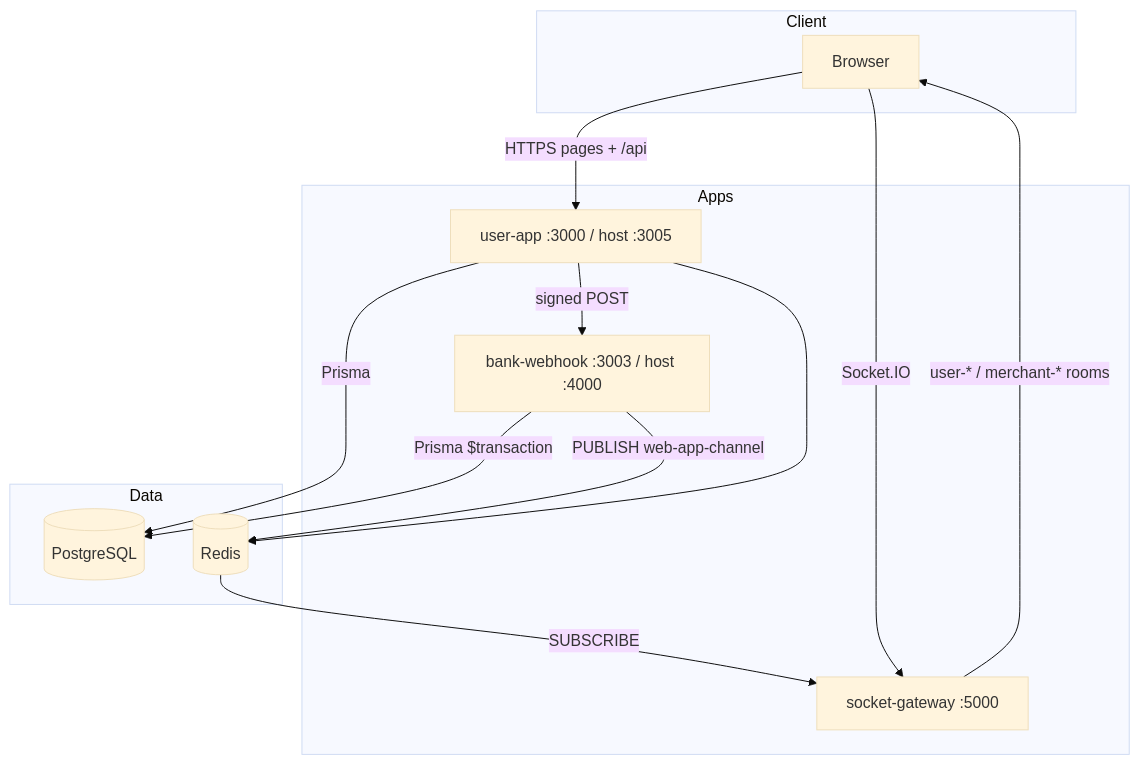
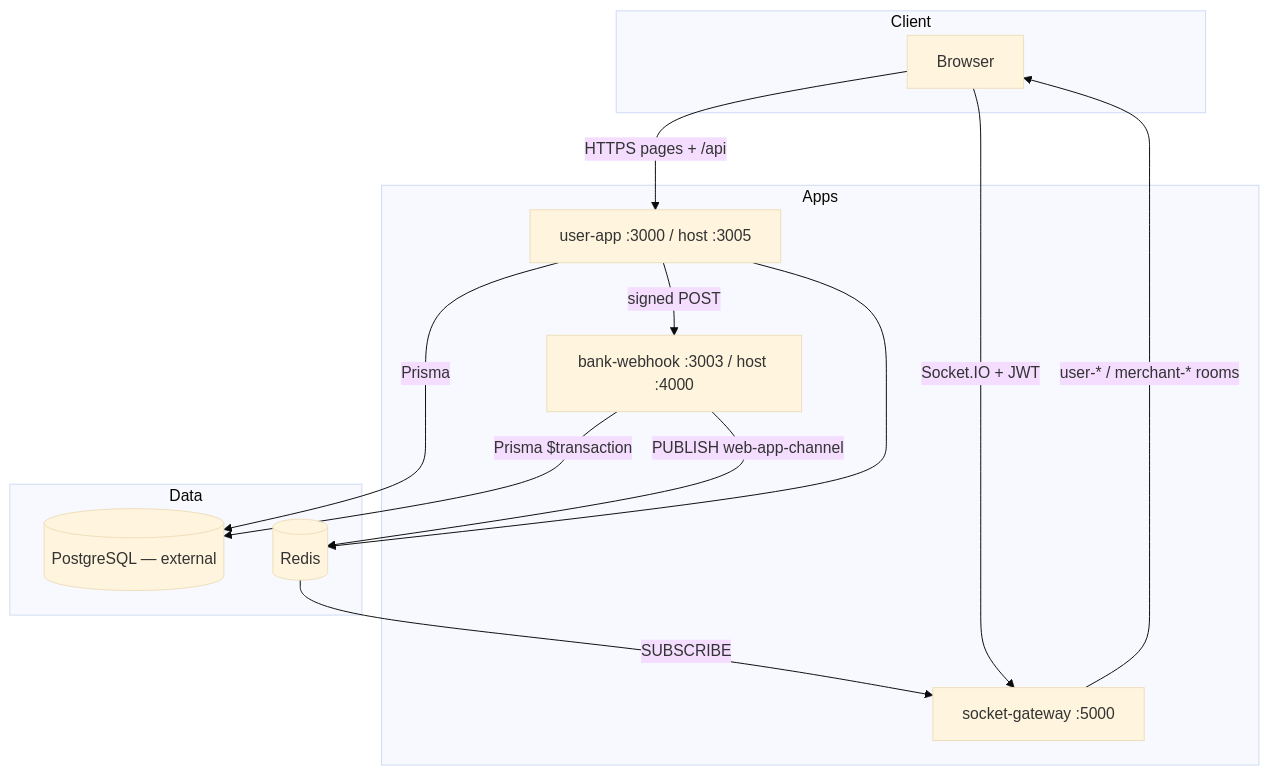
Before and after one commit to SulemanWaraich/PakPay: the diagram in README.md, drawn with Mermaid (base theme). The commit also changed other lines of this file and 1 other file, not shown here.

````diff
--- a/README.md
+++ b/README.md
@@ -82,27 +71,27 @@
 ```mermaid
 flowchart TB
   subgraph Client
     Browser[Browser]
   end
 
   subgraph Apps
     UA[user-app :3000 / host :3005]
     BW[bank-webhook :3003 / host :4000]
     SG[socket-gateway :5000]
   end
 
   subgraph Data
-    PG[(PostgreSQL)]
+    PG[(PostgreSQL — external)]
     Redis[(Redis)]
   end
 
   Browser -->|HTTPS pages + /api| UA
-  Browser -->|Socket.IO| SG
+  Browser -->|Socket.IO + JWT| SG
   UA -->|Prisma| PG
   UA -->|signed POST| BW
   BW -->|Prisma $transaction| PG
   BW -->|PUBLISH web-app-channel| Redis
   Redis -->|SUBSCRIBE| SG
   SG -->|user-* / merchant-* rooms| Browser
   UA --> Redis
 ```
````
